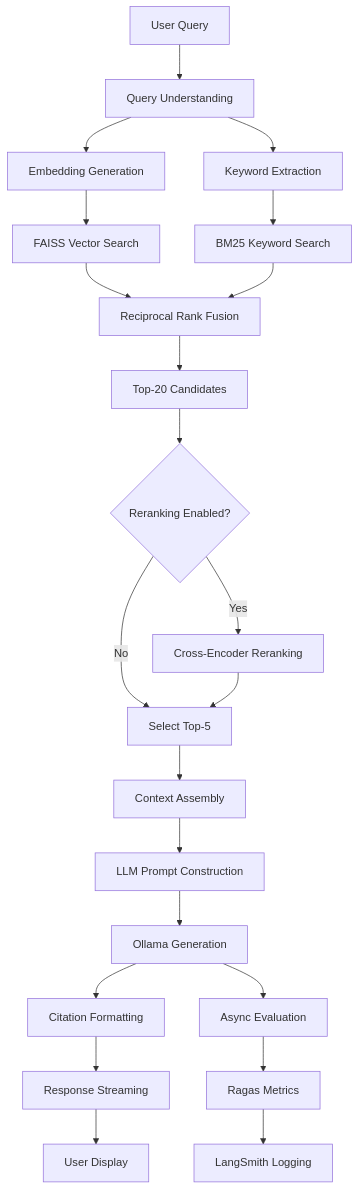
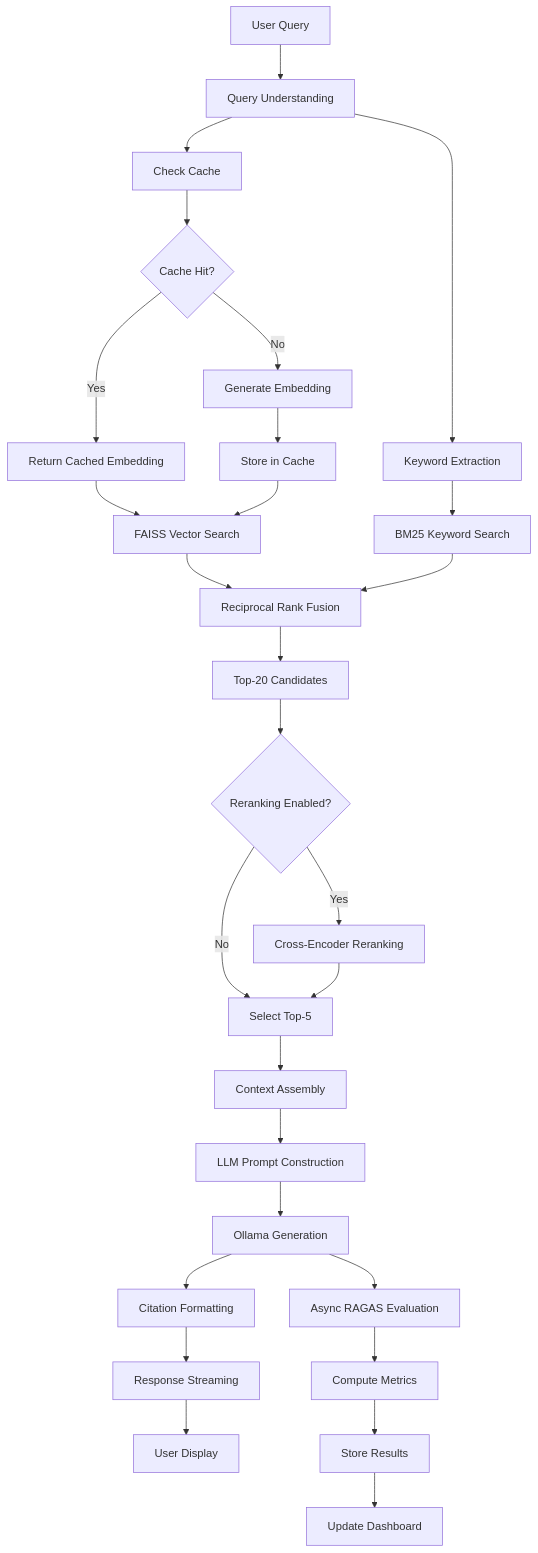
The ninth of 12 diagrams in docs/ARCHITECTURE.md (satyaki-mitra/docu-vault-ai), drawn with Mermaid before and after one commit. The commit also changed other lines of this file and 1 other file, not shown here.

````diff
--- a/docs/ARCHITECTURE.md
+++ b/docs/ARCHITECTURE.md
@@ -410,30 +463,38 @@
 ```mermaid
 flowchart TD
     A[User Query] --> B[Query Understanding]
-    B --> C[Embedding Generation]
-    B --> D[Keyword Extraction]
+    B --> C[Check Cache]
     
-    C --> E[FAISS Vector Search]
-    D --> F[BM25 Keyword Search]
+    C --> D{Cache Hit?}
+    D -->|Yes| E[Return Cached Embedding]
+    D -->|No| F[Generate Embedding]
     
-    E --> G[Reciprocal Rank Fusion]
-    F --> G
+    F --> G[Store in Cache]
+    E --> H[FAISS Vector Search]
+    G --> H
     
-    G --> H[Top-20 Candidates]
-    H --> I{Reranking Enabled?}
+    B --> I[Keyword Extraction]
+    I --> J[BM25 Keyword Search]
     
-    I -->|Yes| J[Cross-Encoder Reranking]
-    I -->|No| K[Select Top-5]
+    H --> K[Reciprocal Rank Fusion]
+    J --> K
     
-    J --> K
-    K --> L[Context Assembly]
-    L --> M[LLM Prompt Construction]
-    M --> N[Ollama Generation]
-    N --> O[Citation Formatting]
-    O --> P[Response Streaming]
-    P --> Q[User Display]
+    K --> L[Top-20 Candidates]
+    L --> M{Reranking Enabled?}
     
-    N --> R[Async Evaluation]
-    R --> S[Ragas Metrics]
-    S --> T[LangSmith Logging]
+    M -->|Yes| N[Cross-Encoder Reranking]
+    M -->|No| O[Select Top-5]
+    
+    N --> O
+    O --> P[Context Assembly]
+    P --> Q[LLM Prompt Construction]
+    Q --> R[Ollama Generation]
+    R --> S[Citation Formatting]
+    S --> T[Response Streaming]
+    T --> U[User Display]
+    
+    R --> V[Async RAGAS Evaluation]
+    V --> W[Compute Metrics]
+    W --> X[Store Results]
+    X --> Y[Update Dashboard]
 ```
````
